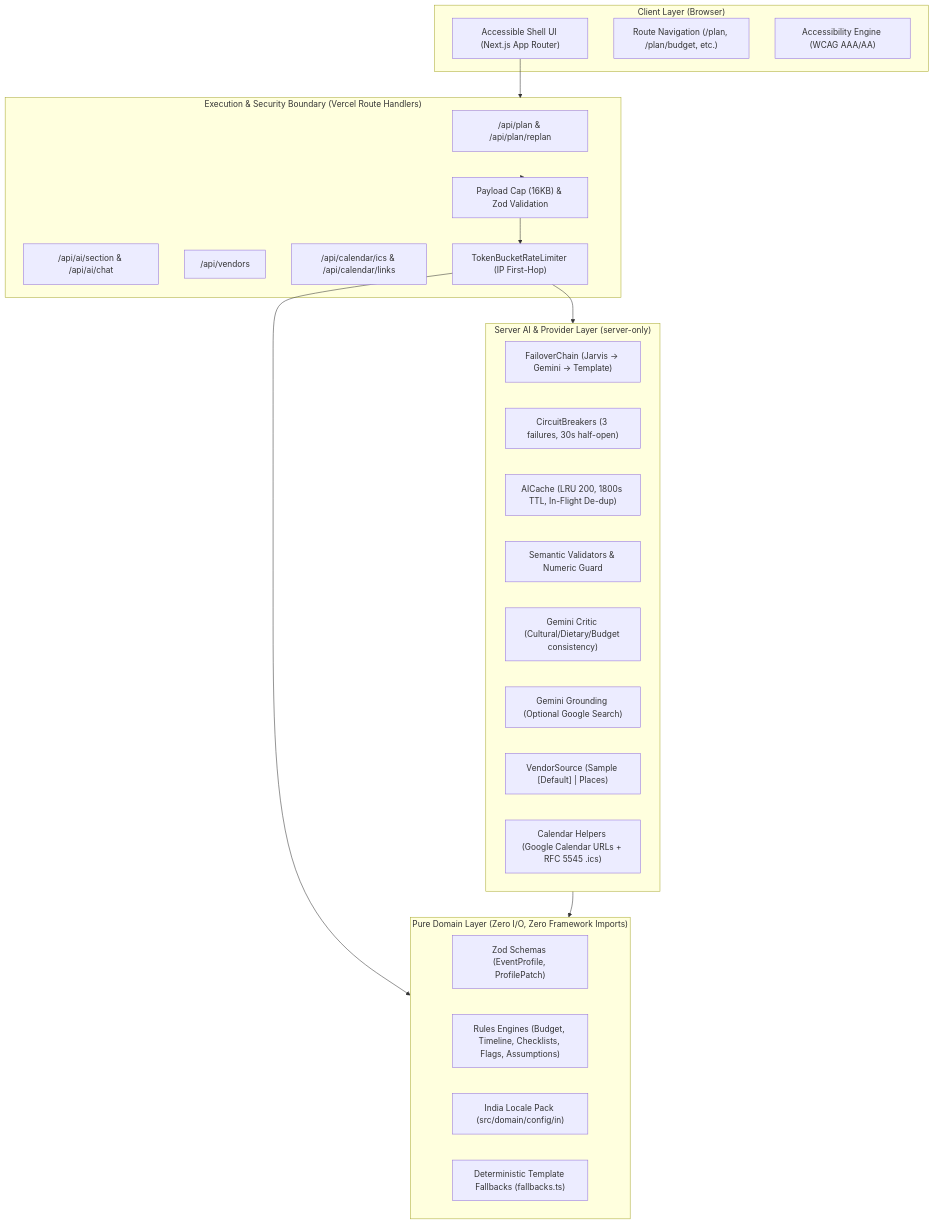
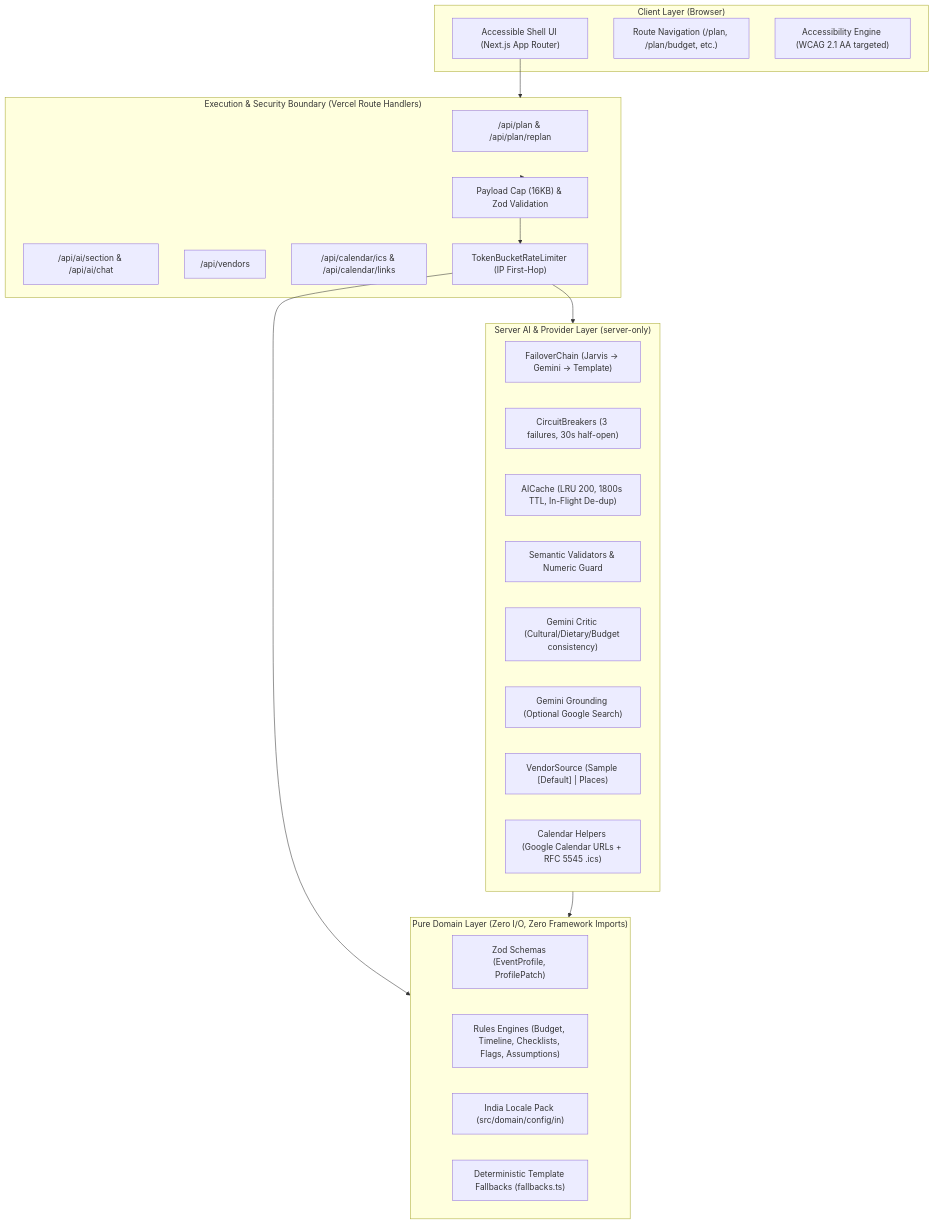
One commit to CodeCatalyst-07/utsav_planner changed the first of 4 diagrams in docs/architecture.md. Above: the diagram before and after it, drawn with Mermaid. The commit also changed other lines of this file and 2 other files, not shown here.

````diff
--- a/docs/architecture.md
+++ b/docs/architecture.md
@@ -22,42 +22,42 @@
 ```mermaid
 graph TD
     subgraph Browser ["Client Layer (Browser)"]
         UI["Accessible Shell UI (Next.js App Router)"]
         Nav["Route Navigation (/plan, /plan/budget, etc.)"]
-        Axe["Accessibility Engine (WCAG AAA/AA)"]
+        Axe["Accessibility Engine (WCAG 2.1 AA targeted)"]
     end
 
     subgraph API ["Execution & Security Boundary (Vercel Route Handlers)"]
         PlanAPI["/api/plan & /api/plan/replan"]
         AIAPI["/api/ai/section & /api/ai/chat"]
         VendorAPI["/api/vendors"]
         CalAPI["/api/calendar/ics & /api/calendar/links"]
         RateLimiter["TokenBucketRateLimiter (IP First-Hop)"]
         PayloadGuard["Payload Cap (16KB) & Zod Validation"]
     end
 
     subgraph Domain ["Pure Domain Layer (Zero I/O, Zero Framework Imports)"]
         Schemas["Zod Schemas (EventProfile, ProfilePatch)"]
         Rules["Rules Engines (Budget, Timeline, Checklists, Flags, Assumptions)"]
         LocalePack["India Locale Pack (src/domain/config/in)"]
         Fallbacks["Deterministic Template Fallbacks (fallbacks.ts)"]
     end
 
     subgraph ServerIO ["Server AI & Provider Layer (server-only)"]
         Chain["FailoverChain (Jarvis -> Gemini -> Template)"]
         Breaker["CircuitBreakers (3 failures, 30s half-open)"]
         Cache["AICache (LRU 200, 1800s TTL, In-Flight De-dup)"]
         Validators["Semantic Validators & Numeric Guard"]
         Critic["Gemini Critic (Cultural/Dietary/Budget consistency)"]
         Grounding["Gemini Grounding (Optional Google Search)"]
         Vendors["VendorSource (Sample [Default] | Places)"]
         Calendar["Calendar Helpers (Google Calendar URLs + RFC 5545 .ics)"]
     end
 
     UI --> API
     API --> PayloadGuard
     PayloadGuard --> RateLimiter
     RateLimiter --> Domain
     RateLimiter --> ServerIO
     ServerIO --> Domain
 ```
````
